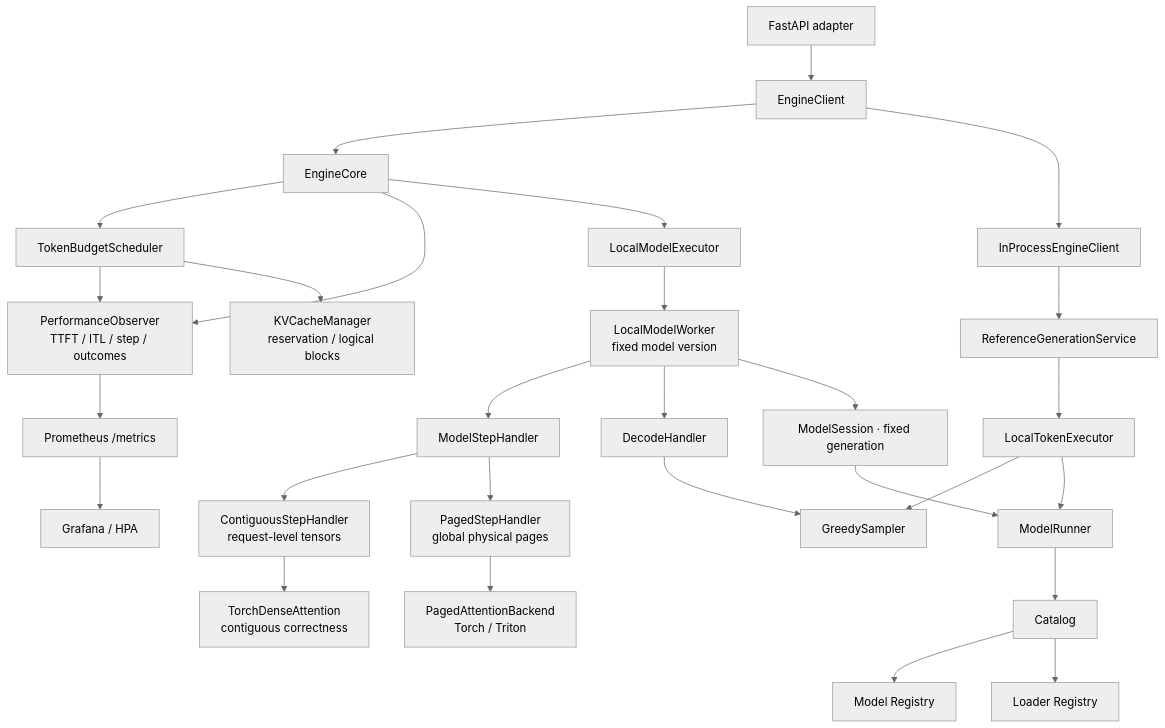
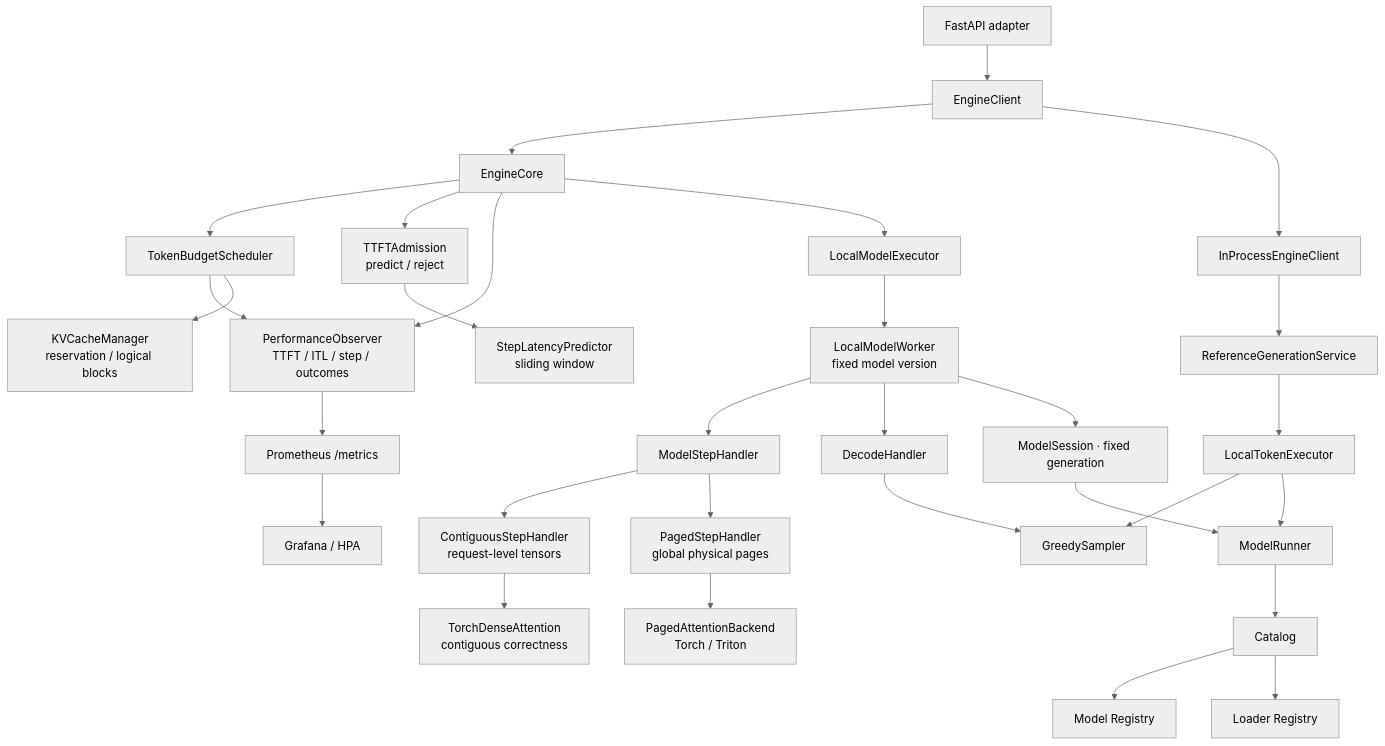
Before and after one commit to poorpaper/light-vllm: the first of 3 diagrams in docs/design.md, drawn with Mermaid (neutral theme). The commit also changed other lines of this file and 3 other files, not shown here.

````diff
--- a/docs/design.md
+++ b/docs/design.md
@@ -60,33 +61,35 @@
 ```mermaid
 flowchart TB
     HTTP["FastAPI adapter"] --> Client["EngineClient"]
 
     Client --> Core["EngineCore"]
     Client --> Bridge["InProcessEngineClient"]
     Bridge --> Reference["ReferenceGenerationService"]
 
     Core --> Scheduler["TokenBudgetScheduler"]
+    Core --> TTFT["TTFTAdmission<br/>predict / reject"]
+    TTFT --> Predictor["StepLatencyPredictor<br/>sliding window"]
     Core --> Observer["PerformanceObserver<br/>TTFT / ITL / step / outcomes"]
     Scheduler --> Observer
     Observer --> Metrics["Prometheus /metrics"]
     Metrics --> Grafana["Grafana / HPA"]
     Scheduler --> LogicalKV["KVCacheManager<br/>reservation / logical blocks"]
     Core --> Executor["LocalModelExecutor"]
     Executor --> Worker["LocalModelWorker<br/>fixed model version"]
     Worker --> Step["ModelStepHandler"]
     Worker --> Decode["DecodeHandler"]
     Step --> Contiguous["ContiguousStepHandler<br/>request-level tensors"]
     Step --> Paged["PagedStepHandler<br/>global physical pages"]
     Contiguous --> Dense["TorchDenseAttention<br/>contiguous correctness"]
     Paged --> Attention["PagedAttentionBackend<br/>Torch / Triton"]
     Decode --> Sampler["GreedySampler"]
     Reference --> TokenExecutor["LocalTokenExecutor"]
     TokenExecutor --> Sampler
 
     Worker --> Session["ModelSession · fixed generation"]
     Session --> Runner["ModelRunner"]
     TokenExecutor --> Runner
     Runner --> Catalog["Catalog"]
     Catalog --> Models["Model Registry"]
     Catalog --> Loaders["Loader Registry"]
 ```
````
